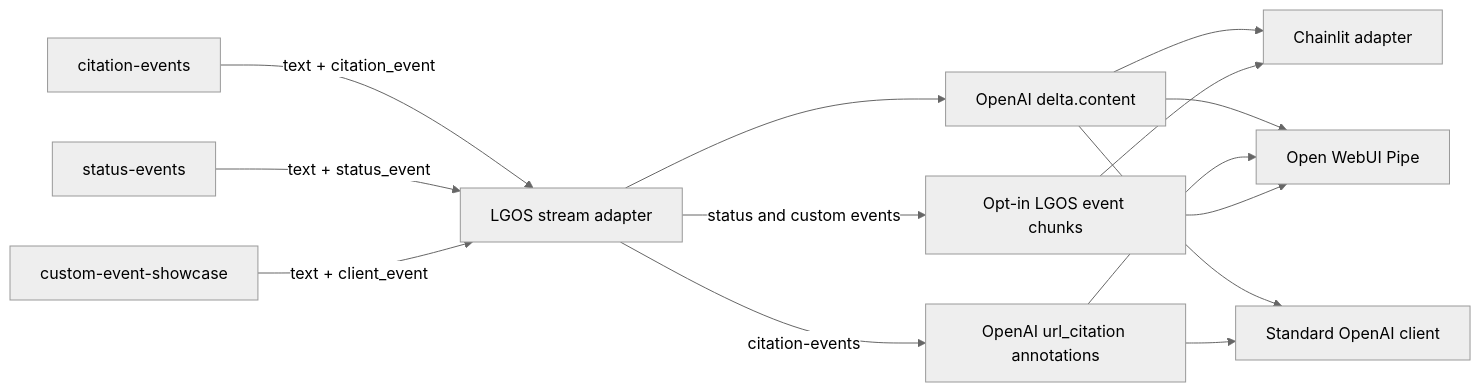
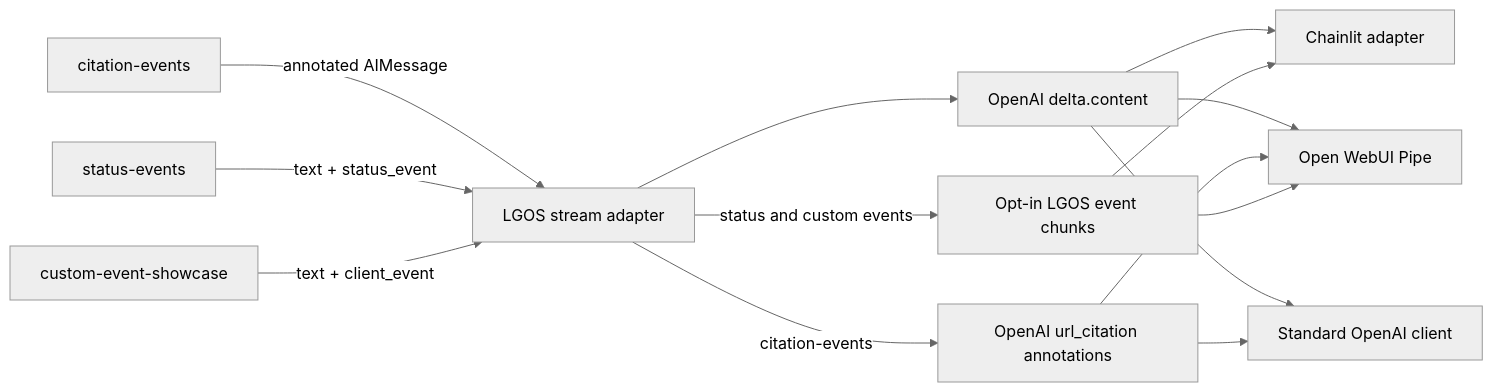
The diagram in docs/demo/graphs/events-and-citations.md (ilkersigirci/langgraph-openai-serve), drawn with Mermaid (neutral theme) before and after one commit. The commit also changed 49 other files, not shown here.

````diff
--- a/docs/demo/graphs/events-and-citations.md
+++ b/docs/demo/graphs/events-and-citations.md
@@ -12,31 +12,31 @@
 ```mermaid
 flowchart LR
   citations["citation-events"]
   statuses["status-events"]
   custom["custom-event-showcase"]
   lgos["LGOS stream adapter"]
 
   content["OpenAI delta.content"]
   annotations["OpenAI url_citation annotations"]
   events["Opt-in LGOS event chunks"]
 
   chainlit["Chainlit adapter"]
   openwebui["Open WebUI Pipe"]
   sdk["Standard OpenAI client"]
 
-  citations -->|"text + citation_event"| lgos
+  citations -->|"annotated AIMessage"| lgos
   statuses -->|"text + status_event"| lgos
   custom -->|"text + client_event"| lgos
 
   lgos --> content
   lgos -->|"citation-events"| annotations
   lgos -->|"status and custom events"| events
 
   content --> chainlit
   content --> openwebui
   content --> sdk
   annotations --> openwebui
   annotations --> sdk
   events --> chainlit
   events --> openwebui
 ```
````
